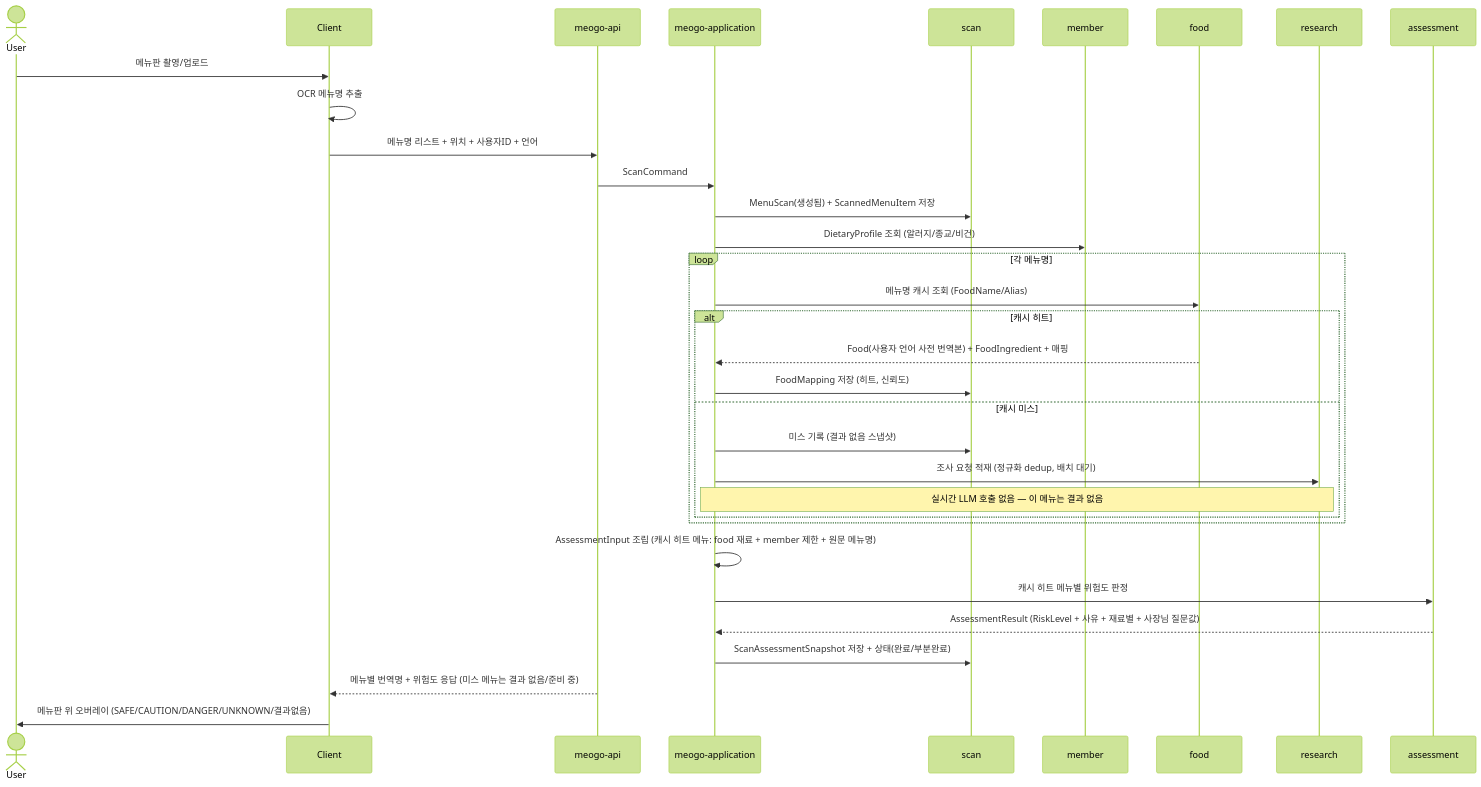
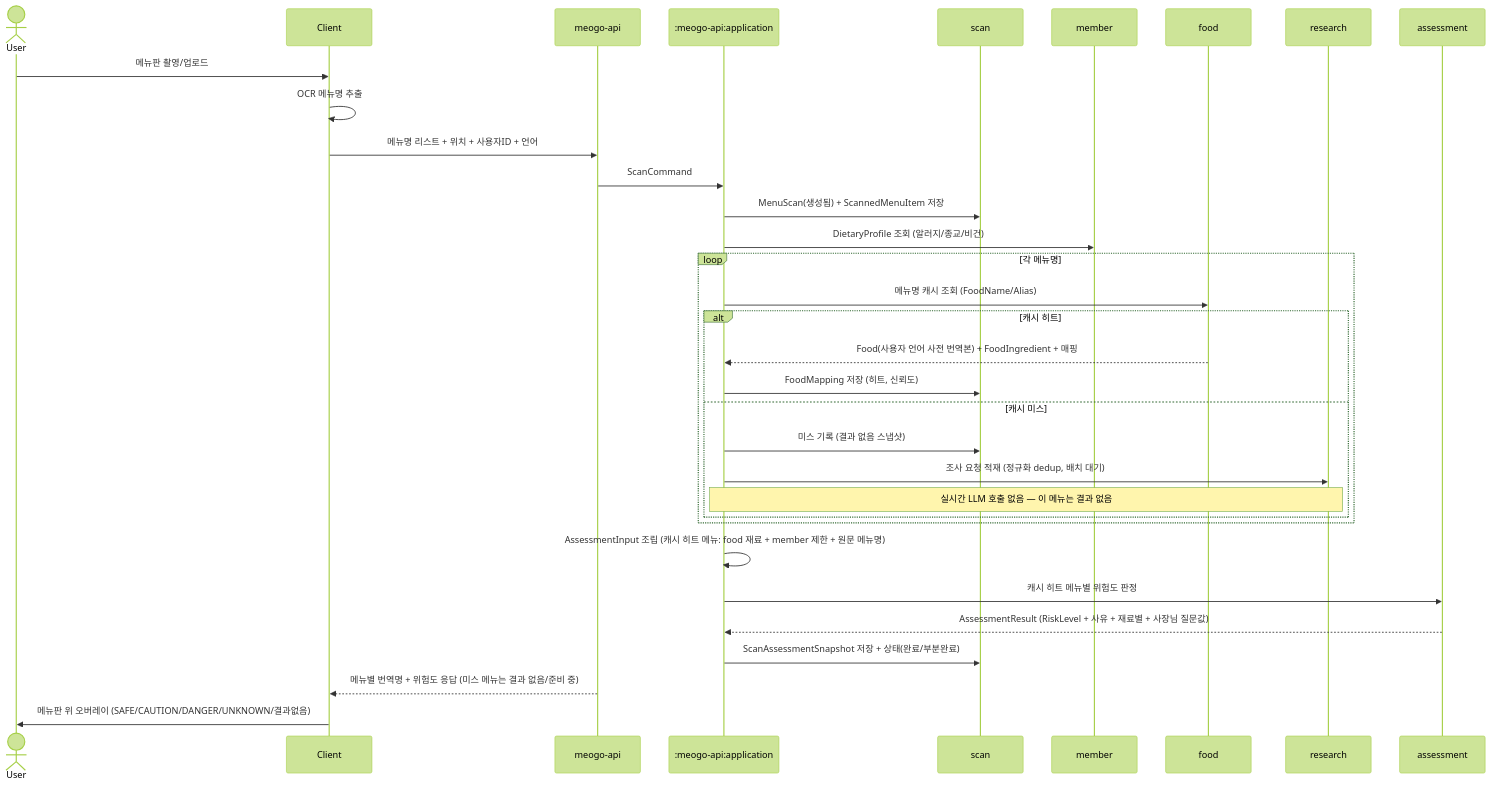
Before and after one commit to team-skyjs/kbap-server: the first of 7 diagrams in docs/architecture/use-case-flows.md, drawn with Mermaid (forest theme). The commit also changed other lines of this file and 12 other files, not shown here.

````diff
--- a/docs/architecture/use-case-flows.md
+++ b/docs/architecture/use-case-flows.md
@@ -23,39 +23,39 @@
 ```mermaid
 sequenceDiagram
     actor User
     participant Client
     participant API as meogo-api
-    participant App as meogo-application
+    participant App as :meogo-api:application
     participant Scan as scan
     participant Member as member
     participant Food as food
     participant Research as research
     participant Assess as assessment
 
     User->>Client: 메뉴판 촬영/업로드
     Client->>Client: OCR 메뉴명 추출
     Client->>API: 메뉴명 리스트 + 위치 + 사용자ID + 언어
     API->>App: ScanCommand
 
     App->>Scan: MenuScan(생성됨) + ScannedMenuItem 저장
     App->>Member: DietaryProfile 조회 (알러지/종교/비건)
 
     loop 각 메뉴명
         App->>Food: 메뉴명 캐시 조회 (FoodName/Alias)
         alt 캐시 히트
             Food-->>App: Food(사용자 언어 사전 번역본) + FoodIngredient + 매핑
             App->>Scan: FoodMapping 저장 (히트, 신뢰도)
         else 캐시 미스
             App->>Scan: 미스 기록 (결과 없음 스냅샷)
             App->>Research: 조사 요청 적재 (정규화 dedup, 배치 대기)
             Note over App,Research: 실시간 LLM 호출 없음 — 이 메뉴는 결과 없음
         end
     end
 
     App->>App: AssessmentInput 조립 (캐시 히트 메뉴: food 재료 + member 제한 + 원문 메뉴명)
     App->>Assess: 캐시 히트 메뉴별 위험도 판정
     Assess-->>App: AssessmentResult (RiskLevel + 사유 + 재료별 + 사장님 질문값)
     App->>Scan: ScanAssessmentSnapshot 저장 + 상태(완료/부분완료)
     API-->>Client: 메뉴별 번역명 + 위험도 응답 (미스 메뉴는 결과 없음/준비 중)
     Client->>User: 메뉴판 위 오버레이 (SAFE/CAUTION/DANGER/UNKNOWN/결과없음)
 ```
````
